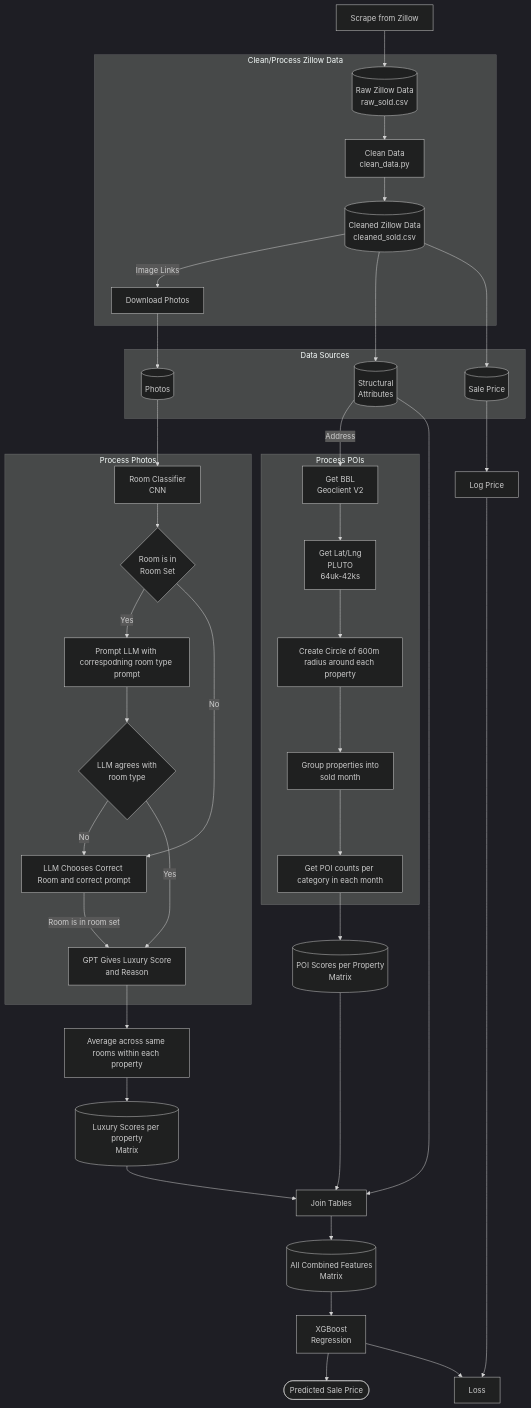
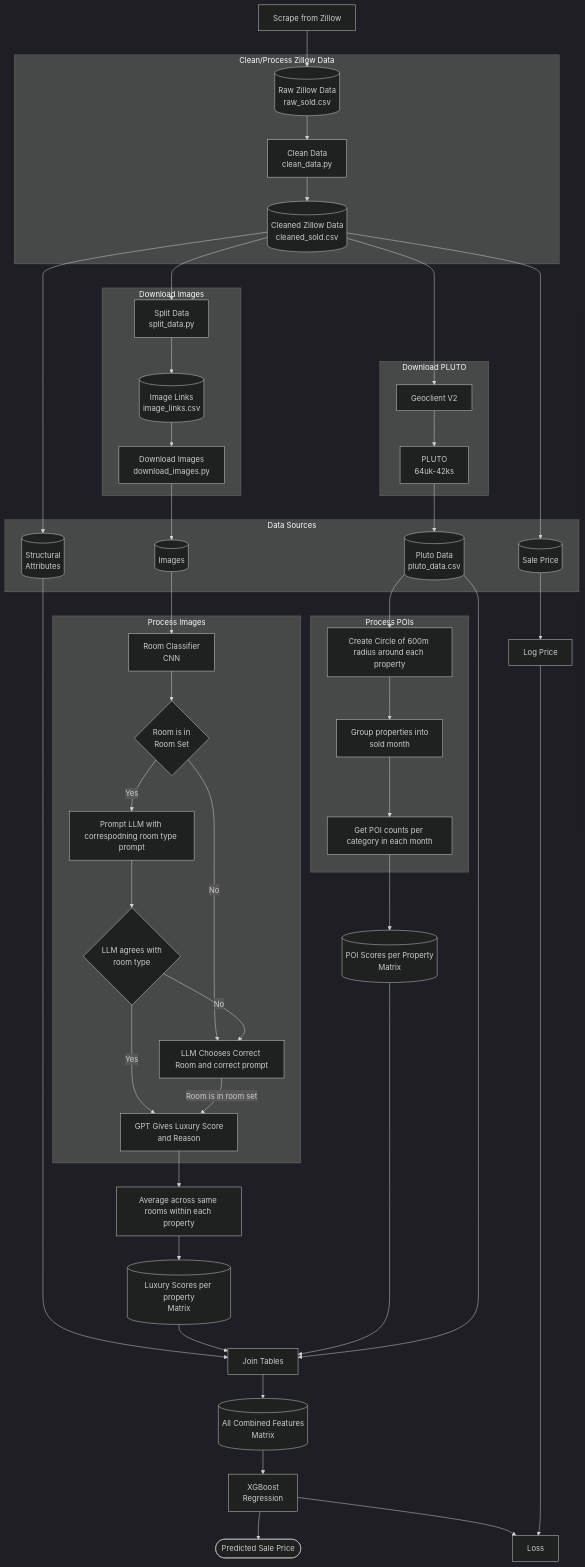
The diagram in pipeline.md (skywat1/CompEdge), drawn with Mermaid (dark theme) before and after one commit. The commit also changed 14 other files, not shown here.

````diff
--- a/pipeline.md
+++ b/pipeline.md
@@ -1,62 +1,73 @@
 ```mermaid
 flowchart TD
 
     SCRAPE[Scrape from Zillow]
 
     subgraph CLEAN_ZILLOW[Clean/Process Zillow Data]
         ZRAW[(Raw Zillow Data <br/> raw_sold.csv)]
         ZRAW --> ZCLEAN[Clean Data <br/> clean_data.py]
         ZCLEAN --> ZCLEANED[(Cleaned Zillow Data <br/> cleaned_sold.csv)]
-         ZCLEANED --> |Image Links| IMGDOWNLOAD[Download Photos]
+    end
+
+    subgraph DOWNLOAD_IMAGES_GRAPH[Download Images]
+        ZCLEANED --> SPLIT[Split Data <br/> split_data.py]
+        SPLIT --> IMAGE_LINKS[(Image Links <br/> image_links.csv)]
+        IMAGE_LINKS --> DOWNLOAD_IMAGES[Download Images <br/> download_images.py]
+    end
+
+    subgraph DOWNLOAD_PLUTO[Download PLUTO]
+        ZCLEANED --> GET_BBL[Geoclient V2]
+        GET_BBL --> PLUTO[PLUTO <br/> 64uk-42ks]
     end
 
     SCRAPE --> ZRAW
+    DOWNLOAD_IMAGES --> IMAGES
+    PLUTO --> PLUTO_DATA
 
     subgraph DATA_SRC[Data Sources]
         STRUCT_ATTR[(Structural<br/>Attributes)]
-        PHOTOS[(Photos)]
+        IMAGES[(Images)]
         PRICE[(Sale Price)]
+        PLUTO_DATA[(Pluto Data <br/> pluto_data.csv)]
     end
 
     ZCLEANED --> STRUCT_ATTR
-    IMGDOWNLOAD --> PHOTOS
     ZCLEANED --> PRICE
 
-    PHOTOS --> ROOM_CNN
+    IMAGES --> ROOM_CNN
 
-    subgraph PHOTOS_PROC[Process Photos]
+    subgraph IMAGES_PROC[Process Images]
         ROOM_CNN[Room Classifier <br/> CNN]
         ROOM_CNN --> IN_ROOM_SET{Room is in <br/> Room Set}
         IN_ROOM_SET --> |Yes| LLM_IMG_PROMPT[Prompt LLM with correspodning room type prompt]
         IN_ROOM_SET --> |No| LLM_CHOOSE_ROOM
         LLM_IMG_PROMPT --> LLM_AGREES{LLM agrees with <br/> room type}
         LLM_AGREES --> |No| LLM_CHOOSE_ROOM[LLM Chooses Correct Room and correct prompt]
         LLM_AGREES --> |Yes| LLM_SCORE[GPT Gives Luxury Score <br/> and Reason]
         LLM_CHOOSE_ROOM --> |Room is in room set| LLM_SCORE
     end
 
     LLM_SCORE --> AGGR_PHOTOS[Average across same rooms within each property]
     AGGR_PHOTOS --> IMG_MATRIX[(Luxury Scores per property<br/>Matrix)]
 
     subgraph POI_PROC[Process POIs]
-        STRUCT_ATTR --> |Address| GET_BBL[Get BBL<br/>Geoclient V2]
-        GET_BBL --> PLUTO_POI[Get Lat/Lng <br/> PLUTO <br/> 64uk-42ks]
-        PLUTO_POI --> CREATE_CIRCLES[Create Circle of 600m radius around each property]
+        PLUTO_DATA --> CREATE_CIRCLES[Create Circle of 600m radius around each property]
         CREATE_CIRCLES --> POI_DATE_AGGR[Group properties into <br/> sold month]
         POI_DATE_AGGR --> OHSOME[Get POI counts per category in each month]
     end
 
     OHSOME --> POI_MATRIX[(POI Scores per Property <br/> Matrix)]
 
     JOIN_TABLES[Join Tables]
     STRUCT_ATTR --> JOIN_TABLES
     IMG_MATRIX --> JOIN_TABLES
     POI_MATRIX --> JOIN_TABLES
+    PLUTO_DATA --> JOIN_TABLES
     JOIN_TABLES --> ALL_FEATURES[(All Combined Features <br/> Matrix)]
 
     ALL_FEATURES --> XGBOOST[XGBoost <br/> Regression]
     XGBOOST --> PRICE_PRED([Predicted Sale Price])
     XGBOOST --> LOSS[Loss]
     PRICE --> LOG_PRICE[Log Price]
     LOG_PRICE --> LOSS
 ```
````
